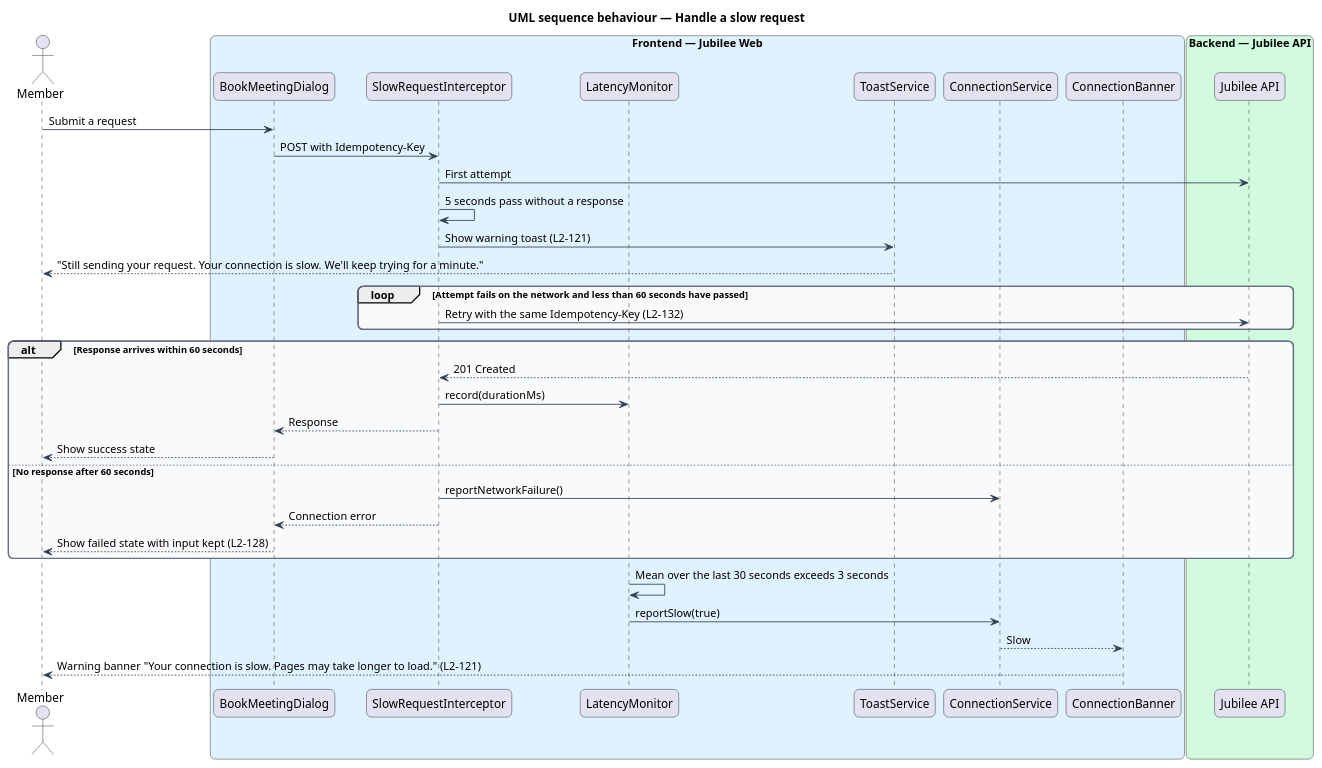
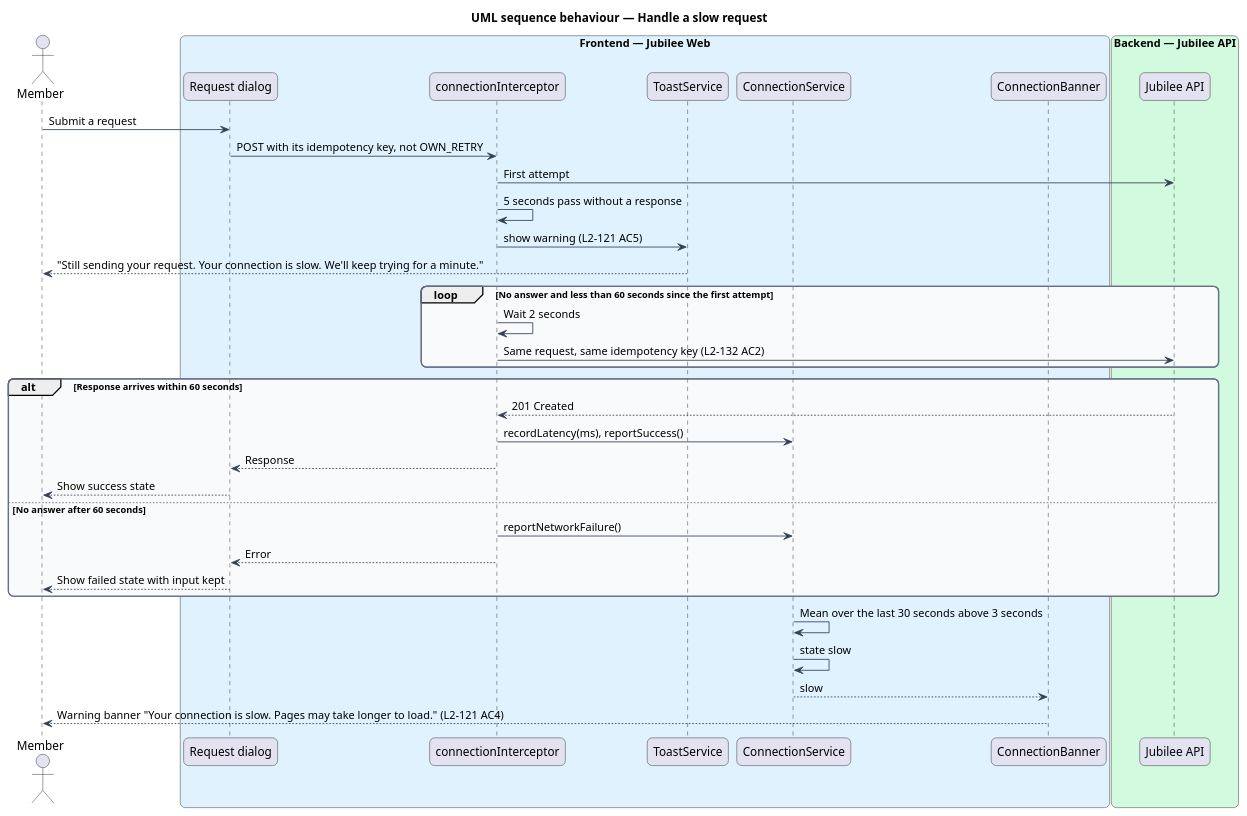
One commit to QuinntyneBrown/jubilee changed the diagram in docs/detailed-designs/offline/show-connection-state/diagrams/sequence-slow-request.puml. Above: the diagram before and after it, drawn with PlantUML. The commit also changed 50 other files, not shown here.

```diff
--- a/docs/detailed-designs/offline/show-connection-state/diagrams/sequence-slow-request.puml
+++ b/docs/detailed-designs/offline/show-connection-state/diagrams/sequence-slow-request.puml
@@ -1,52 +1,52 @@
 @startuml
 title UML sequence behaviour — Handle a slow request
 skinparam backgroundColor #FFFFFF
 skinparam shadowing false
 skinparam roundcorner 12
 skinparam defaultFontName Arial
 skinparam ArrowColor #344054
 skinparam rectangle {
   BorderColor #344054
   FontColor #101828
 }
 skinparam package {
   BorderColor #667085
   FontColor #101828
   BackgroundColor #F9FAFB
 }
 actor "Member" as actor
 box "Frontend — Jubilee Web" #E0F2FE
-  participant "BookMeetingDialog" as dialog
-  participant "SlowRequestInterceptor" as slow
-  participant "LatencyMonitor" as latency
+  participant "Request dialog" as dialog
+  participant "connectionInterceptor" as icpt
   participant "ToastService" as toast
   participant "ConnectionService" as conn
   participant "ConnectionBanner" as banner
 end box
 box "Backend — Jubilee API" #D1FADF
   participant "Jubilee API" as api
 end box
 actor -> dialog : Submit a request
-dialog -> slow : POST with Idempotency-Key
-slow -> api : First attempt
-slow -> slow : 5 seconds pass without a response
-slow -> toast : Show warning toast (L2-121)
+dialog -> icpt : POST with its idempotency key, not OWN_RETRY
+icpt -> api : First attempt
+icpt -> icpt : 5 seconds pass without a response
+icpt -> toast : show warning (L2-121 AC5)
 toast --> actor : "Still sending your request. Your connection is slow. We'll keep trying for a minute."
-loop Attempt fails on the network and less than 60 seconds have passed
-  slow -> api : Retry with the same Idempotency-Key (L2-132)
+loop No answer and less than 60 seconds since the first attempt
+  icpt -> icpt : Wait 2 seconds
+  icpt -> api : Same request, same idempotency key (L2-132 AC2)
 end
 alt Response arrives within 60 seconds
-  api --> slow : 201 Created
-  slow -> latency : record(durationMs)
-  slow --> dialog : Response
+  api --> icpt : 201 Created
+  icpt -> conn : recordLatency(ms), reportSuccess()
+  icpt --> dialog : Response
   dialog --> actor : Show success state
-else No response after 60 seconds
-  slow -> conn : reportNetworkFailure()
-  slow --> dialog : Connection error
-  dialog --> actor : Show failed state with input kept (L2-128)
+else No answer after 60 seconds
+  icpt -> conn : reportNetworkFailure()
+  icpt --> dialog : Error
+  dialog --> actor : Show failed state with input kept
 end
-latency -> latency : Mean over the last 30 seconds exceeds 3 seconds
-latency -> conn : reportSlow(true)
-conn --> banner : Slow
-banner --> actor : Warning banner "Your connection is slow. Pages may take longer to load." (L2-121)
+conn -> conn : Mean over the last 30 seconds above 3 seconds
+conn -> conn : state slow
+conn --> banner : slow
+banner --> actor : Warning banner "Your connection is slow. Pages may take longer to load." (L2-121 AC4)
 @enduml
```
